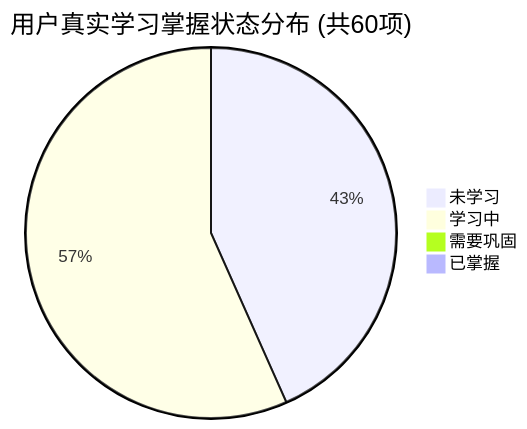
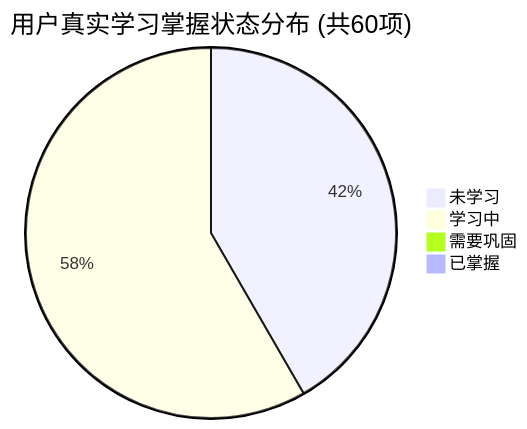
One commit to tieke1121/tech-interview-knowledge-base changed the first of 2 diagrams in PROGRESS.md. Above: the diagram before and after it, drawn with Mermaid. The commit also changed other lines of this file and 1 other file, not shown here.

Commit message:
docs(day28): 补充 Day 28 第四周阶段复盘面试口述示范与速记卡并更新学习状态

````diff
--- a/PROGRESS.md
+++ b/PROGRESS.md
@@ -27,7 +27,7 @@
 ```mermaid
 pie title 用户真实学习掌握状态分布 (共60项)
-    "未学习" : 26
-    "学习中" : 34
+    "未学习" : 25
+    "学习中" : 35
     "需要巩固" : 0
     "已掌握" : 0
 ```
````
